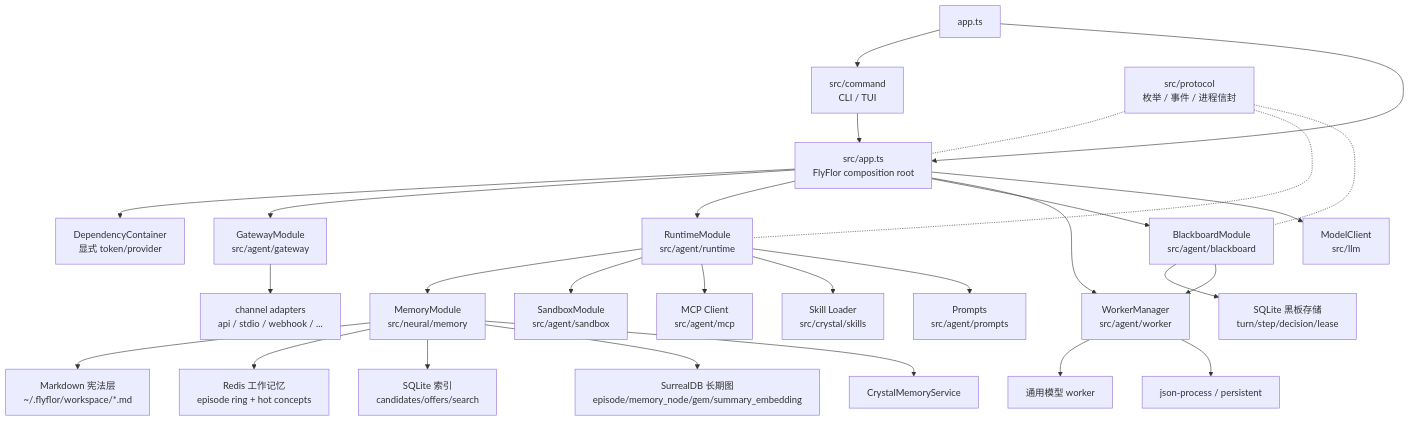
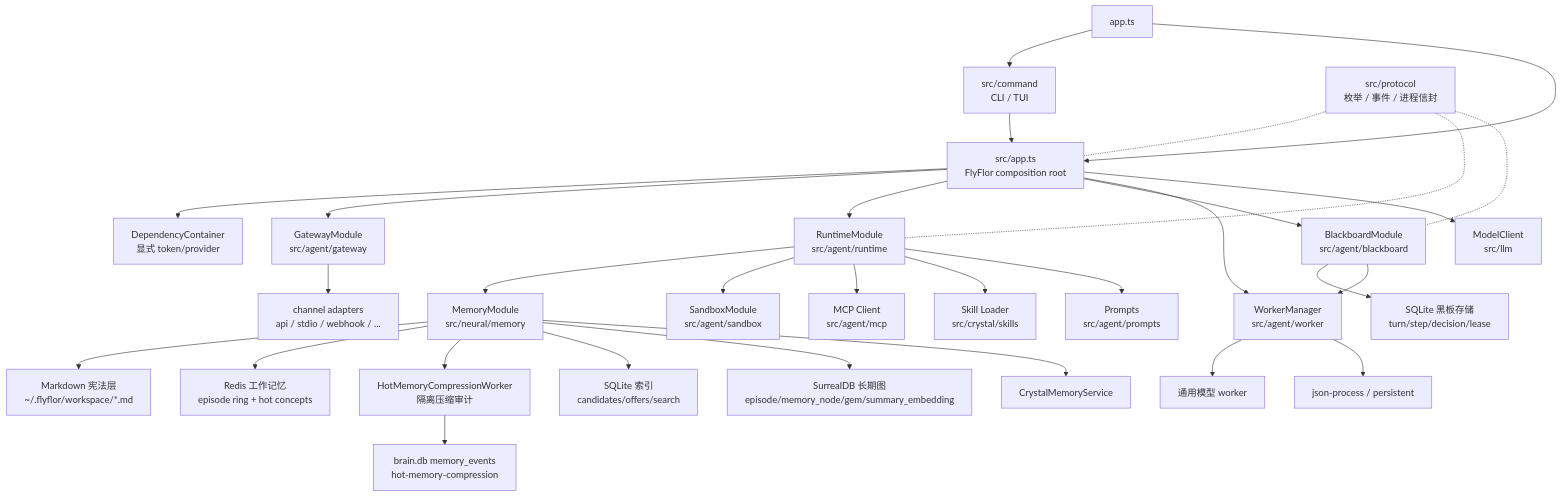
Before and after one commit to flyflor/flyflor: the first of 3 diagrams in docs/architecture.md, drawn with Mermaid. The commit also changed other lines of this file and 129 other files, not shown here.

````diff
--- a/docs/architecture.md
+++ b/docs/architecture.md
@@ -26,36 +26,38 @@
 ```mermaid
 flowchart TB
     Entry["app.ts"] --> Command["src/command<br/>CLI / TUI"]
     Entry --> AppRoot["src/app.ts<br/>FlyFlor composition root"]
     Command --> AppRoot
     AppRoot --> Container["DependencyContainer<br/>显式 token/provider"]
 
     AppRoot --> Gateway["GatewayModule<br/>src/agent/gateway"]
     AppRoot --> Runtime["RuntimeModule<br/>src/agent/runtime"]
     AppRoot --> Blackboard["BlackboardModule<br/>src/agent/blackboard"]
     AppRoot --> Workers["WorkerManager<br/>src/agent/worker"]
     AppRoot --> Model["ModelClient<br/>src/llm"]
 
     Runtime --> Memory["MemoryModule<br/>src/neural/memory"]
     Runtime --> Sandbox["SandboxModule<br/>src/agent/sandbox"]
     Runtime --> MCP["MCP Client<br/>src/agent/mcp"]
     Runtime --> Skills["Skill Loader<br/>src/crystal/skills"]
     Runtime --> Prompts["Prompts<br/>src/agent/prompts"]
 
     Memory --> Markdown["Markdown 宪法层<br/>~/.flyflor/workspace/*.md"]
     Memory --> Redis["Redis 工作记忆<br/>episode ring + hot concepts"]
+    Memory --> HotCompression["HotMemoryCompressionWorker<br/>隔离压缩审计"]
     Memory --> SQLite["SQLite 索引<br/>candidates/offers/search"]
     Memory --> Surreal["SurrealDB 长期图<br/>episode/memory_node/gem/summary_embedding"]
     Memory --> Crystal["CrystalMemoryService"]
+    HotCompression --> SQLiteBrain["brain.db memory_events<br/>hot-memory-compression"]
 
     Blackboard --> BlackboardSqlite["SQLite 黑板存储<br/>turn/step/decision/lease"]
     Blackboard --> Workers
     Workers --> ModelWorker["通用模型 worker"]
     Workers --> JsonProcess["json-process / persistent"]
 
     Gateway --> Channels["channel adapters<br/>api / stdio / webhook / ..."]
 
     Protocol["src/protocol<br/>枚举 / 事件 / 进程信封"] -.- AppRoot
     Protocol -.- Runtime
     Protocol -.- Blackboard
 ```
````
